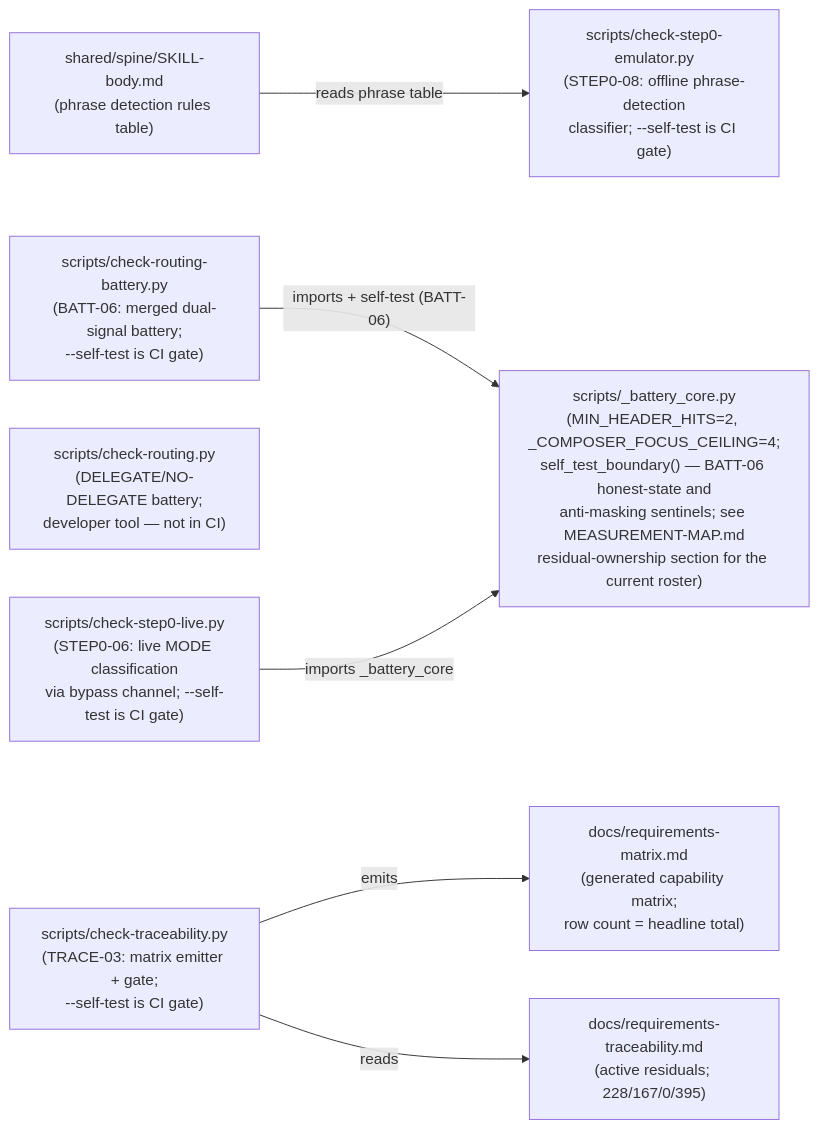
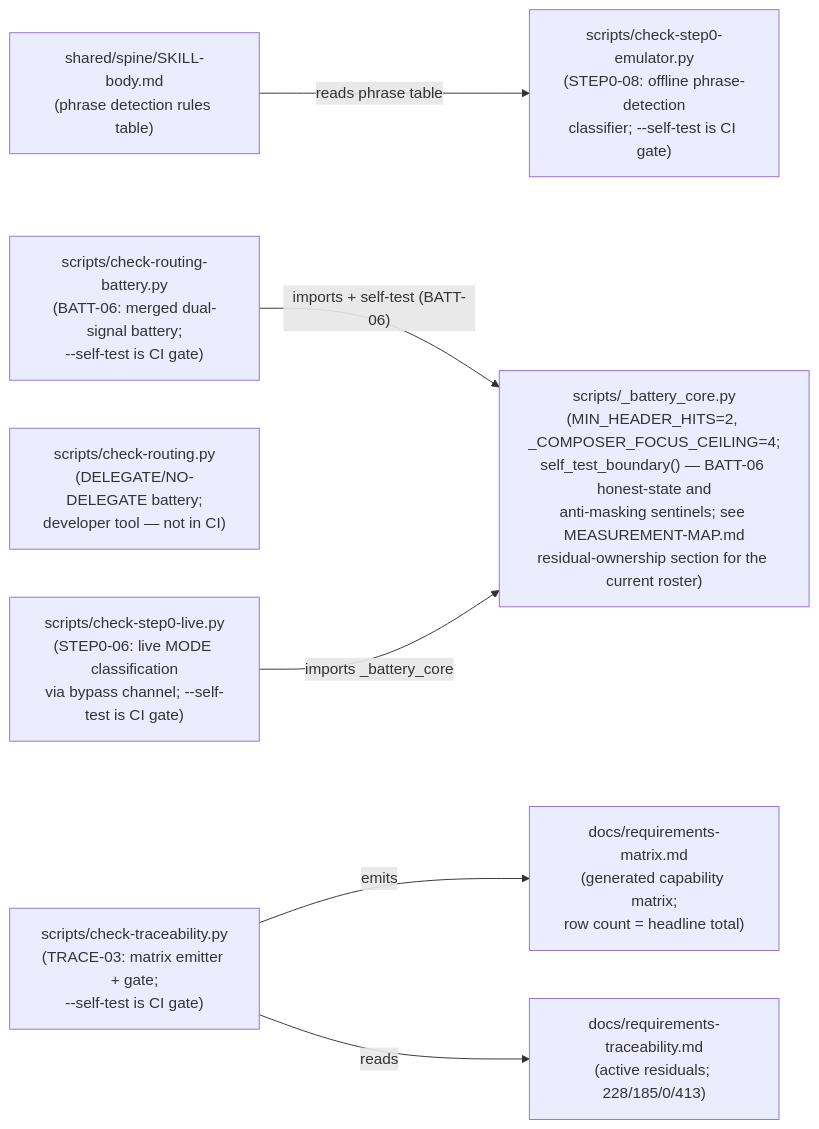
The second of 2 diagrams in docs/COMPONENT-DIAGRAM.md (chrisdavidson/first-principles-skill), drawn with Mermaid before and after one commit. The commit also changed 9 other files, not shown here.

````diff
--- a/docs/COMPONENT-DIAGRAM.md
+++ b/docs/COMPONENT-DIAGRAM.md
@@ -84,24 +84,24 @@
 ```mermaid
 flowchart LR
     SKILLBODY["shared/spine/SKILL-body.md\n(phrase detection rules table)"]
 
     CORE["scripts/_battery_core.py\n(MIN_HEADER_HITS=2, _COMPOSER_FOCUS_CEILING=4;\nself_test_boundary() — BATT-06 honest-state and\nanti-masking sentinels; see MEASUREMENT-MAP.md\nresidual-ownership section for the current roster)"]
 
     BATT["scripts/check-routing-battery.py\n(BATT-06: merged dual-signal battery;\n--self-test is CI gate)"]
     ROUTING["scripts/check-routing.py\n(DELEGATE/NO-DELEGATE battery;\ndeveloper tool — not in CI)"]
 
     EMU["scripts/check-step0-emulator.py\n(STEP0-08: offline phrase-detection\nclassifier; --self-test is CI gate)"]
     LIVE["scripts/check-step0-live.py\n(STEP0-06: live MODE classification\nvia bypass channel; --self-test is CI gate)"]
 
     TRACE["scripts/check-traceability.py\n(TRACE-03: matrix emitter + gate;\n--self-test is CI gate)"]
     MATRIX["docs/requirements-matrix.md\n(generated capability matrix;\nrow count = headline total)"]
-    TRACEABILITY["docs/requirements-traceability.md\n(active residuals; 228/167/0/395)"]
+    TRACEABILITY["docs/requirements-traceability.md\n(active residuals; 228/185/0/413)"]
 
     SKILLBODY -->|"reads phrase table"| EMU
 
     BATT -->|"imports + self-test (BATT-06)"| CORE
     LIVE -->|"imports _battery_core"| CORE
 
     TRACE -->|"emits"| MATRIX
     TRACE -->|"reads"| TRACEABILITY
 ```
````
